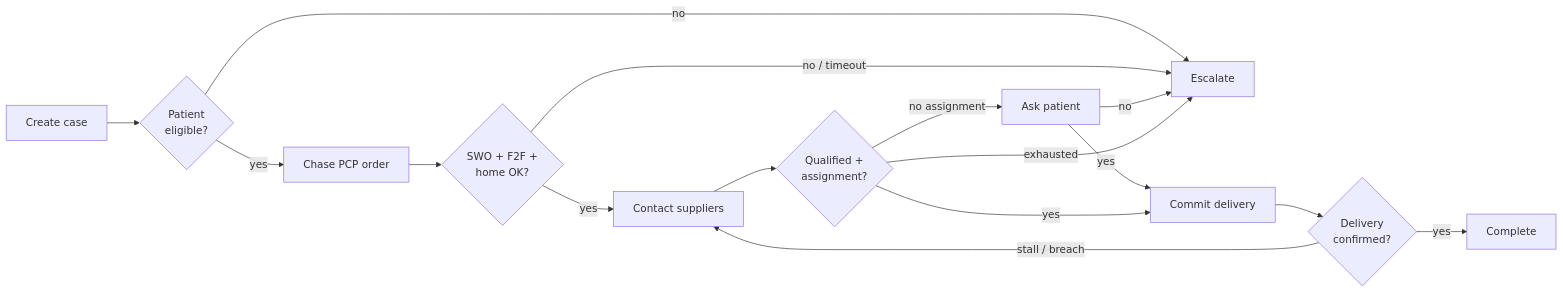
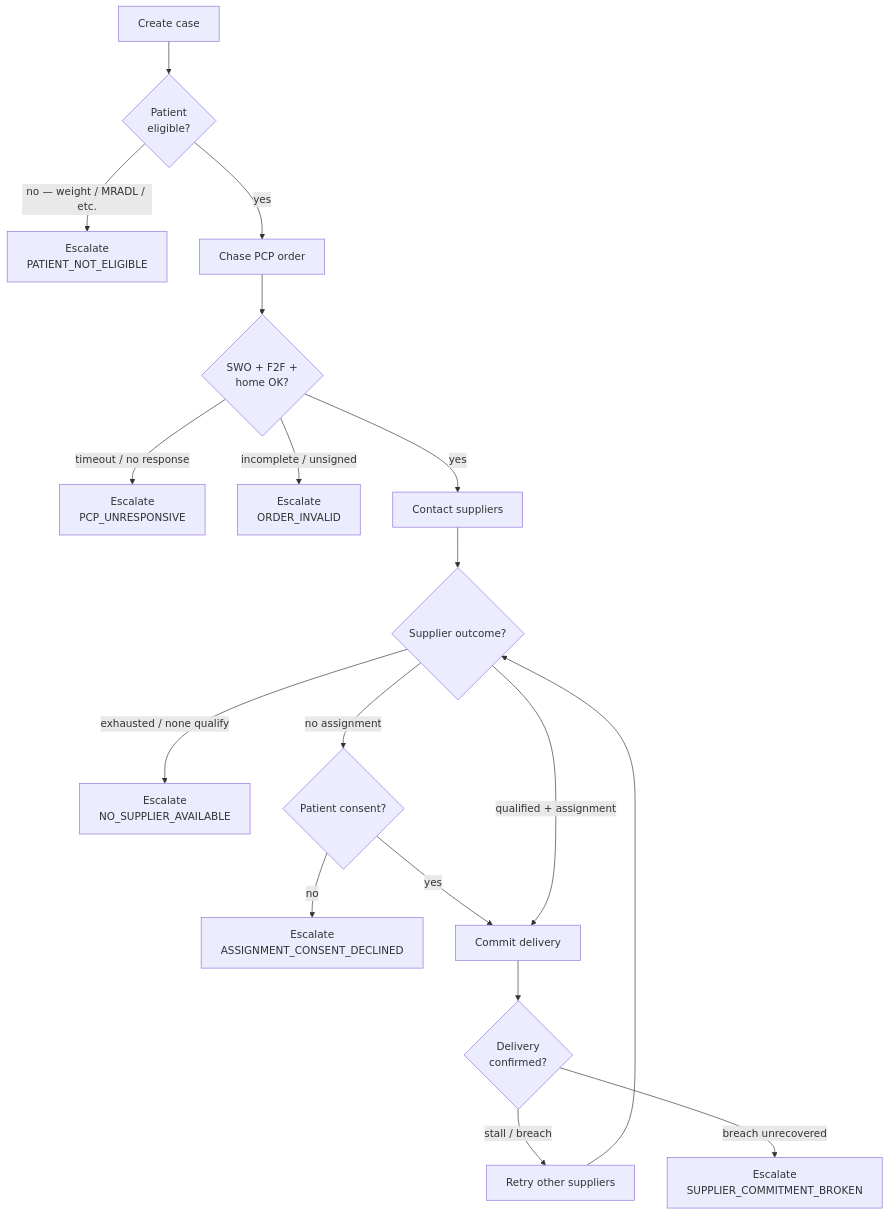
The third of 3 diagrams in README.md (Mycodek/miramace_dme_coordination), drawn with Mermaid before and after one commit. The commit also changed other lines of this file and 1 other file, not shown here.

````diff
--- a/README.md
+++ b/README.md
@@ -66,18 +84,20 @@
 ```mermaid
-flowchart LR
+flowchart TB
   A[Create case] --> B{Patient<br/>eligible?}
-  B -->|no| Z[Escalate]
+  B -->|no — weight / MRADL / etc.| Z[Escalate<br/>PATIENT_NOT_ELIGIBLE]
   B -->|yes| C[Chase PCP order]
   C --> D{SWO + F2F +<br/>home OK?}
-  D -->|no / timeout| Z
+  D -->|timeout / no response| Z2[Escalate<br/>PCP_UNRESPONSIVE]
+  D -->|incomplete / unsigned| Z3[Escalate<br/>ORDER_INVALID]
   D -->|yes| E[Contact suppliers]
-  E --> F{Qualified +<br/>assignment?}
-  F -->|no assignment| G[Ask patient]
+  E --> F{Supplier outcome?}
+  F -->|exhausted / none qualify| Z4[Escalate<br/>NO_SUPPLIER_AVAILABLE]
+  F -->|no assignment| G{Patient consent?}
+  G -->|no| Z5[Escalate<br/>ASSIGNMENT_CONSENT_DECLINED]
   G -->|yes| H[Commit delivery]
-  G -->|no| Z
-  F -->|yes| H
-  F -->|exhausted| Z
+  F -->|qualified + assignment| H
   H --> I{Delivery<br/>confirmed?}
-  I -->|stall / breach| E
-  I -->|yes| J[Complete]
+  I -->|stall / breach| R[Retry other suppliers]
+  R --> F
+  I -->|breach unrecovered| Z6[Escalate<br/>SUPPLIER_COMMITMENT_BROKEN]
 ```
````
